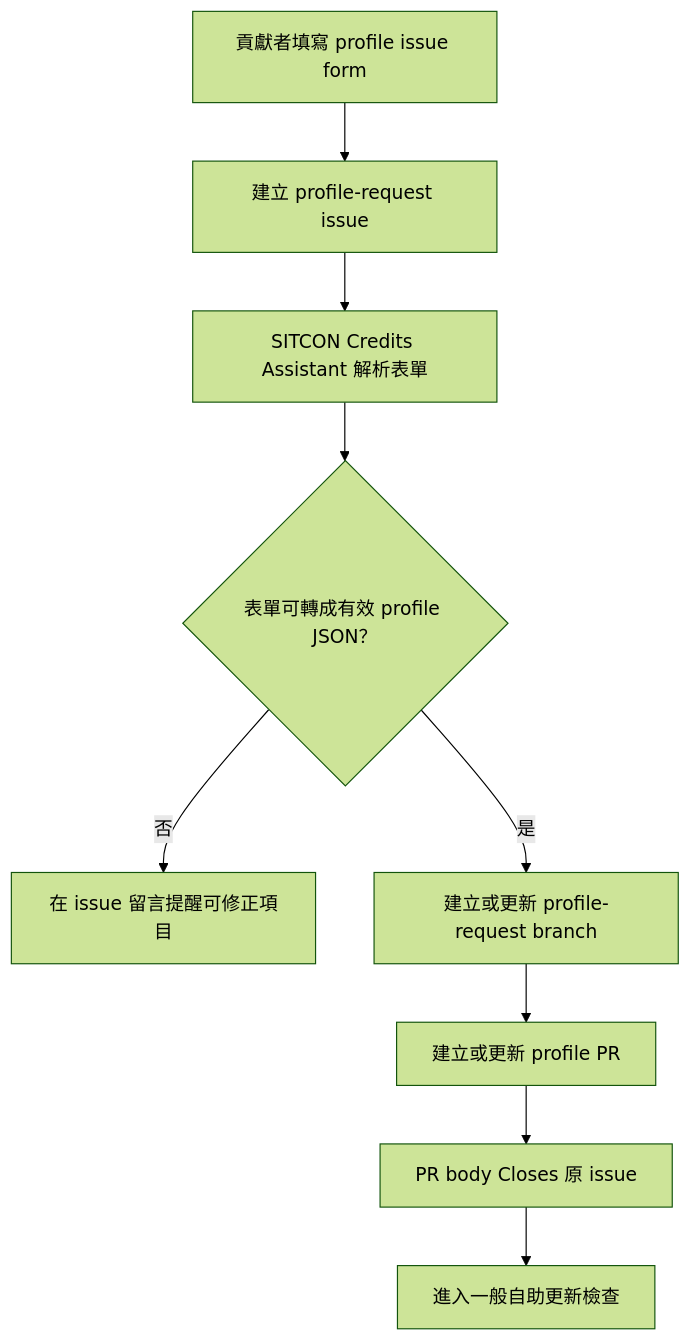
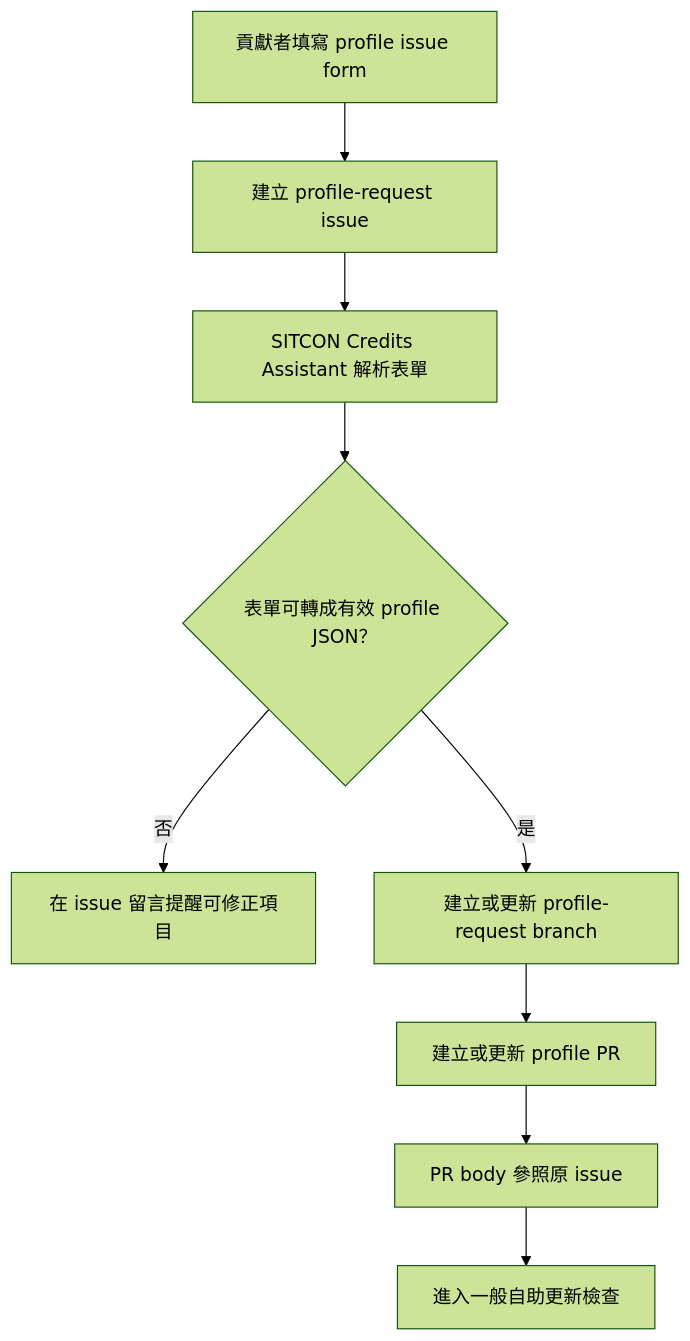
The first of 2 diagrams in docs/workflows.md (sitcon-tw/credits-profiles), drawn with Mermaid (forest theme) before and after one commit. The commit also changed other lines of this file and 7 other files, not shown here.

````diff
--- a/docs/workflows.md
+++ b/docs/workflows.md
@@ -9,11 +9,11 @@
 ```mermaid
 flowchart TD
   contributor["貢獻者填寫 profile issue form"] --> issue["建立 profile-request issue"]
   issue --> assistant["SITCON Credits Assistant 解析表單"]
   assistant --> valid{"表單可轉成有效 profile JSON？"}
   valid -->|否| issueComment["在 issue 留言提醒可修正項目"]
   valid -->|是| branch["建立或更新 profile-request branch"]
   branch --> pr["建立或更新 profile PR"]
-  pr --> linked["PR body Closes 原 issue"]
+  pr --> linked["PR body 參照原 issue"]
   linked --> normal["進入一般自助更新檢查"]
 ```
````
